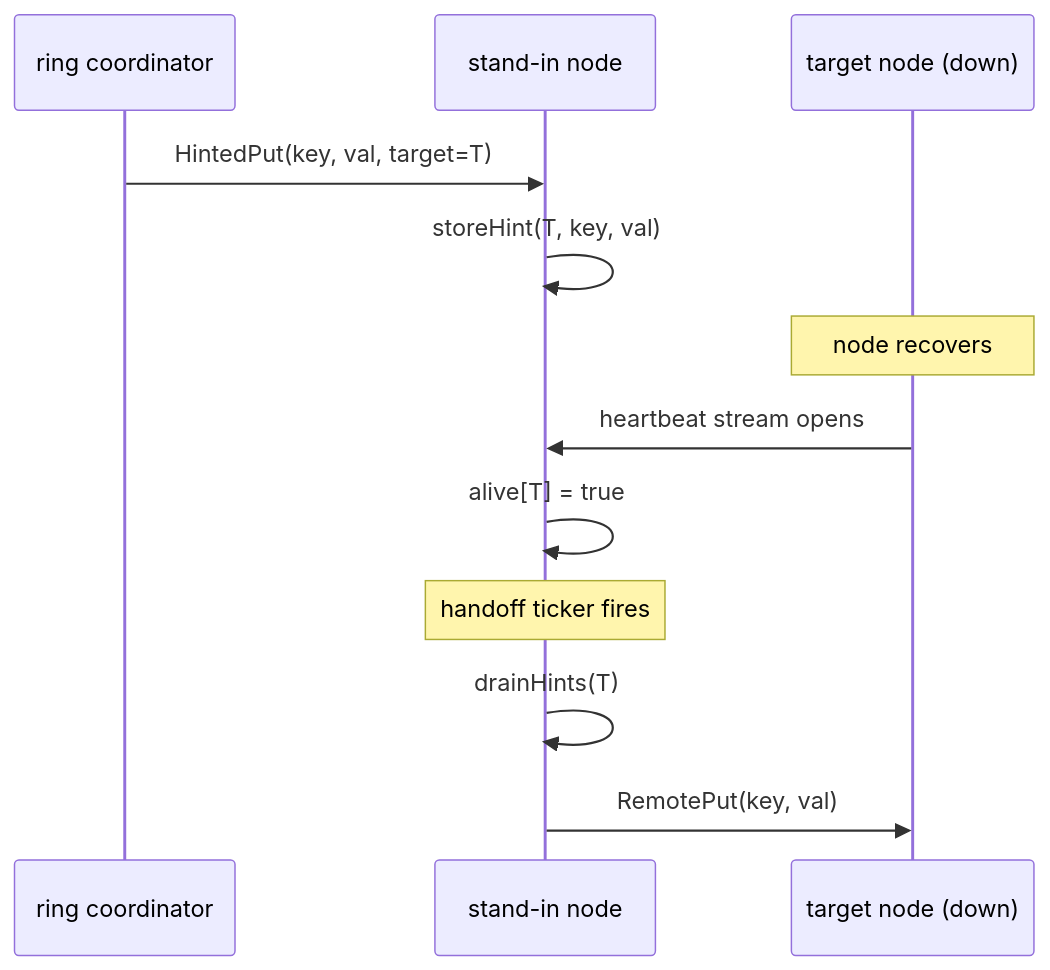
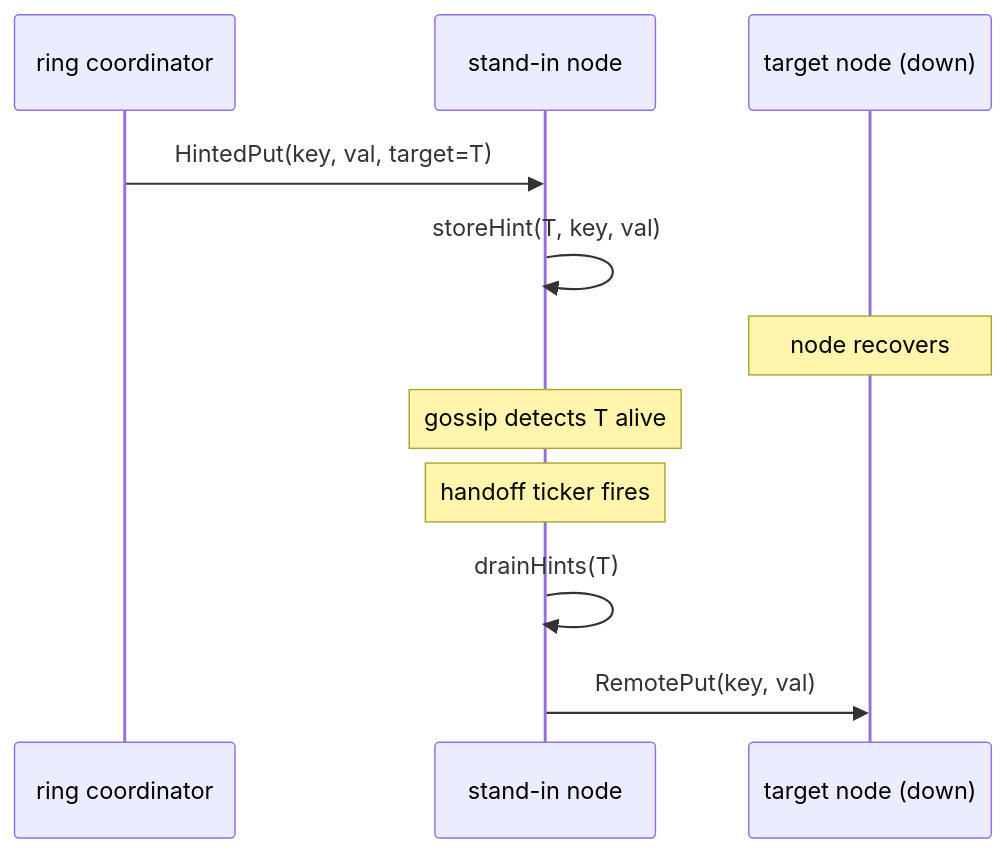
Before and after one commit to pixperk/plethora: the fifth of 7 diagrams in README.md, drawn with Mermaid. The commit also changed other lines of this file and 4 other files, not shown here.

````diff
--- a/README.md
+++ b/README.md
@@ -207,15 +207,14 @@
 ```mermaid
 sequenceDiagram
     participant R as ring coordinator
     participant S as stand-in node
     participant T as target node (down)
 
     R->>S: HintedPut(key, val, target=T)
     S->>S: storeHint(T, key, val)
     note over T: node recovers
-    T->>S: heartbeat stream opens
-    S->>S: alive[T] = true
+    note over S: gossip detects T alive
     note over S: handoff ticker fires
     S->>S: drainHints(T)
     S->>T: RemotePut(key, val)
 ```
````
